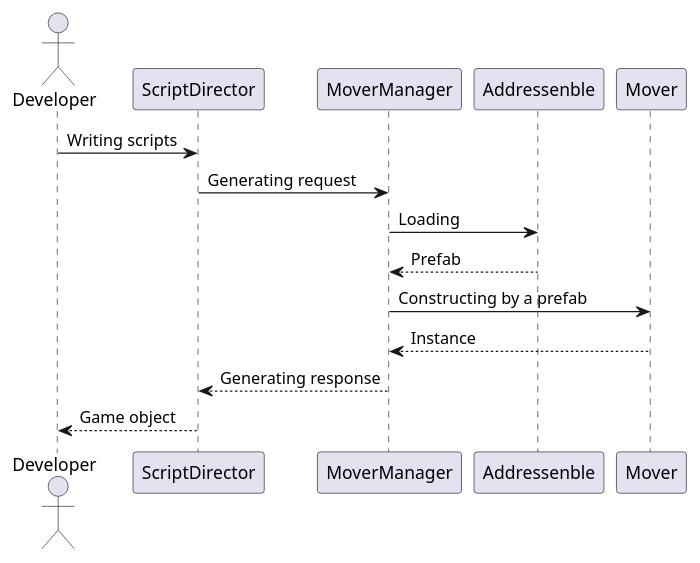
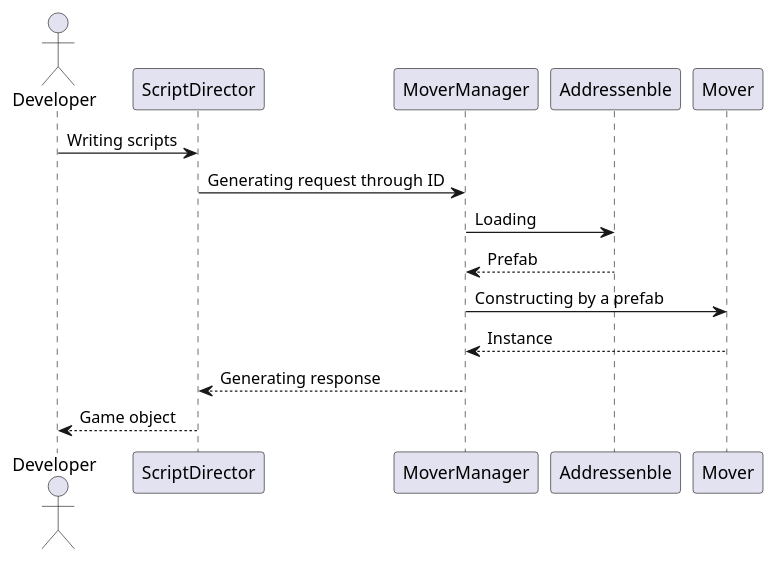
One commit to Wandao123/shmup_like_touhou changed the first of 2 diagrams in docs/generating_object.pu. Above: the diagram before and after it, drawn with PlantUML. The commit also changed other lines of this file and 3 other files, not shown here.

```diff
--- a/docs/generating_object.pu
+++ b/docs/generating_object.pu
@@ -1,16 +1,16 @@
 @startuml GeneratingObject
 actor Developer
 participant ScriptDirector
 participant MoverManager
 participant Addressenble
 participant Mover
 
 Developer -> ScriptDirector : Writing scripts
-ScriptDirector -> MoverManager : Generating request
+ScriptDirector -> MoverManager : Generating request through ID
 MoverManager -> Addressenble : Loading
 Addressenble --> MoverManager : Prefab
 MoverManager -> Mover : Constructing by a prefab
 Mover --> MoverManager : Instance
 MoverManager --> ScriptDirector : Generating response
 ScriptDirector --> Developer : Game object
 @enduml
```
